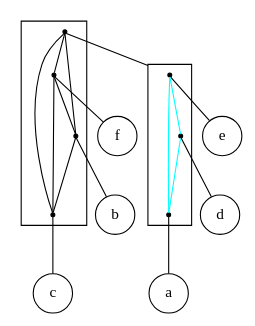
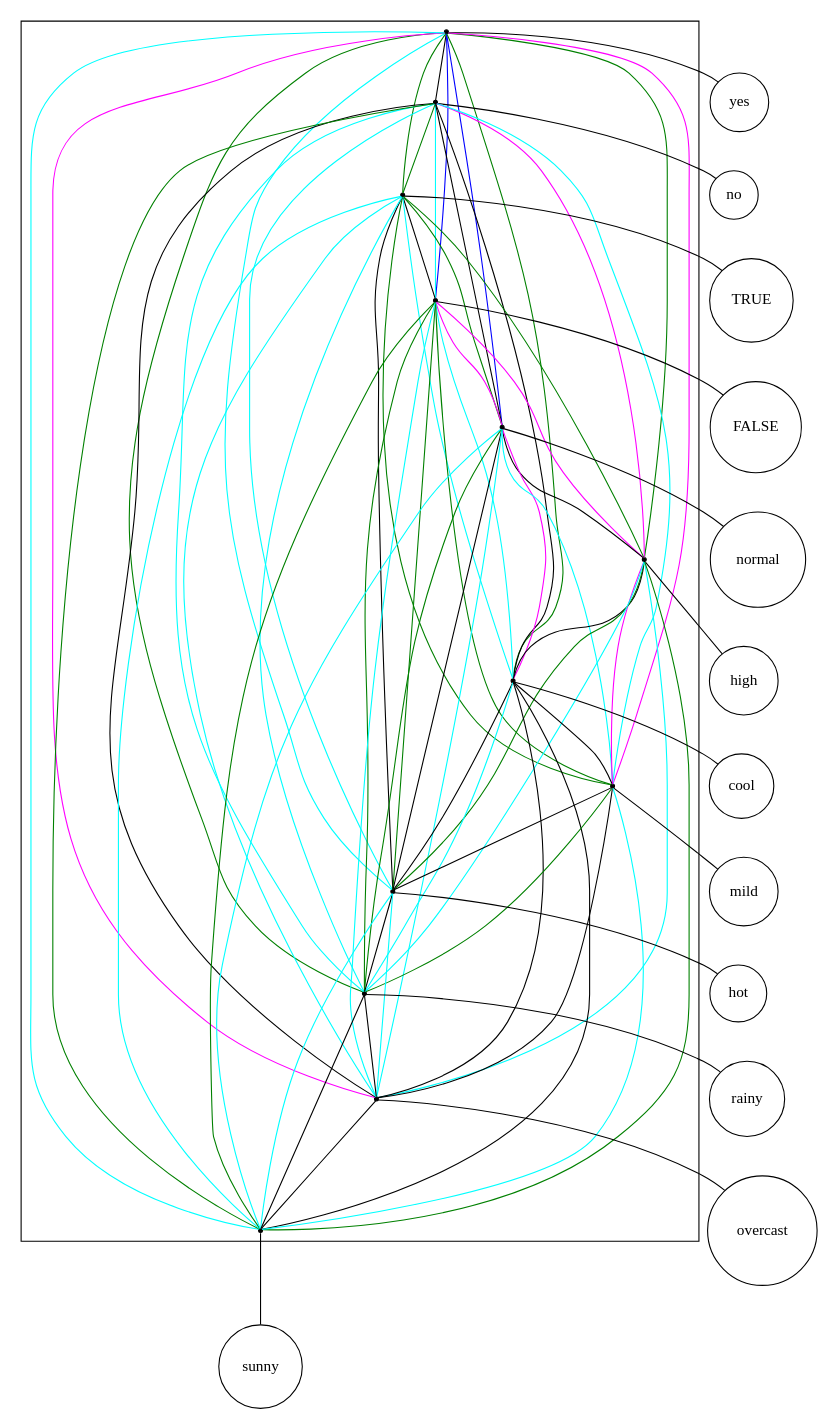
One commit to lrodrin/TFG changed the diagram in src/final/linear_2-structure.dot. Above: the diagram before and after it, drawn with Graphviz. The commit also changed 7 other files, not shown here.

Commit message:
refactor Graph

```diff
--- a/src/final/linear_2-structure.dot
+++ b/src/final/linear_2-structure.dot
@@ -1,37 +1,101 @@
 strict digraph "linear_2-structure" {
 compound=true;
 fontname=Verdana;
 fontsize=12;
 newrank=true;
 node [shape=circle];
-f;
-b;
-c;
-e;
-d;
-a;
-subgraph cluster_cbadfe {
+yes;
+no;
+TRUE;
+FALSE;
+normal;
+high;
+cool;
+mild;
+hot;
+rainy;
+overcast;
+sunny;
+subgraph cluster_coolyesrainyhotFALSEovercastTRUEhighsunnymildnonormal {
 node [shape=point];
-s_ade -> s_f  [color=black, arrowhead=none];
-s_ade -> s_b  [color=black, arrowhead=none];
-s_ade -> s_c  [color=black, arrowhead=none];
-s_f -> s_b  [color=black, arrowhead=none];
-s_f -> s_c  [color=black, arrowhead=none];
-s_b -> s_c  [color=black, arrowhead=none];
+s_yes -> s_no  [color=black, arrowhead=none];
+s_yes -> s_TRUE  [color=green, arrowhead=none];
+s_yes -> s_FALSE  [color=blue, arrowhead=none];
+s_yes -> s_normal  [color=blue, arrowhead=none];
+s_yes -> s_high  [color=green, arrowhead=none];
+s_yes -> s_cool  [color=green, arrowhead=none];
+s_yes -> s_mild  [color=magenta, arrowhead=none];
+s_yes -> s_hot  [color=cyan, arrowhead=none];
+s_yes -> s_rainy  [color=green, arrowhead=none];
+s_yes -> s_overcast  [color=magenta, arrowhead=none];
+s_yes -> s_sunny  [color=cyan, arrowhead=none];
+s_no -> s_TRUE  [color=green, arrowhead=none];
+s_no -> s_FALSE  [color=cyan, arrowhead=none];
+s_no -> s_normal  [color=black, arrowhead=none];
+s_no -> s_high  [color=magenta, arrowhead=none];
+s_no -> s_cool  [color=black, arrowhead=none];
+s_no -> s_mild  [color=cyan, arrowhead=none];
+s_no -> s_hot  [color=cyan, arrowhead=none];
+s_no -> s_rainy  [color=cyan, arrowhead=none];
+s_no -> s_overcast  [color=black, arrowhead=none];
+s_no -> s_sunny  [color=green, arrowhead=none];
+s_TRUE -> s_FALSE  [color=black, arrowhead=none];
+s_TRUE -> s_normal  [color=green, arrowhead=none];
+s_TRUE -> s_high  [color=green, arrowhead=none];
+s_TRUE -> s_cool  [color=cyan, arrowhead=none];
+s_TRUE -> s_mild  [color=green, arrowhead=none];
+s_TRUE -> s_hot  [color=black, arrowhead=none];
+s_TRUE -> s_rainy  [color=cyan, arrowhead=none];
+s_TRUE -> s_overcast  [color=cyan, arrowhead=none];
+s_TRUE -> s_sunny  [color=cyan, arrowhead=none];
+s_FALSE -> s_normal  [color=magenta, arrowhead=none];
+s_FALSE -> s_high  [color=magenta, arrowhead=none];
+s_FALSE -> s_cool  [color=cyan, arrowhead=none];
+s_FALSE -> s_mild  [color=green, arrowhead=none];
+s_FALSE -> s_hot  [color=green, arrowhead=none];
+s_FALSE -> s_rainy  [color=green, arrowhead=none];
+s_FALSE -> s_overcast  [color=cyan, arrowhead=none];
+s_FALSE -> s_sunny  [color=green, arrowhead=none];
+s_normal -> s_high  [color=black, arrowhead=none];
+s_normal -> s_cool  [color=magenta, arrowhead=none];
+s_normal -> s_mild  [color=cyan, arrowhead=none];
+s_normal -> s_hot  [color=black, arrowhead=none];
+s_normal -> s_rainy  [color=green, arrowhead=none];
+s_normal -> s_overcast  [color=cyan, arrowhead=none];
+s_normal -> s_sunny  [color=cyan, arrowhead=none];
+s_high -> s_cool  [color=black, arrowhead=none];
+s_high -> s_mild  [color=magenta, arrowhead=none];
+s_high -> s_hot  [color=green, arrowhead=none];
+s_high -> s_rainy  [color=cyan, arrowhead=none];
+s_high -> s_overcast  [color=cyan, arrowhead=none];
+s_high -> s_sunny  [color=green, arrowhead=none];
+s_cool -> s_mild  [color=black, arrowhead=none];
+s_cool -> s_hot  [color=black, arrowhead=none];
+s_cool -> s_rainy  [color=cyan, arrowhead=none];
+s_cool -> s_overcast  [color=black, arrowhead=none];
+s_cool -> s_sunny  [color=black, arrowhead=none];
+s_mild -> s_hot  [color=black, arrowhead=none];
+s_mild -> s_rainy  [color=green, arrowhead=none];
+s_mild -> s_overcast  [color=black, arrowhead=none];
+s_mild -> s_sunny  [color=cyan, arrowhead=none];
+s_hot -> s_rainy  [color=black, arrowhead=none];
+s_hot -> s_overcast  [color=cyan, arrowhead=none];
+s_hot -> s_sunny  [color=cyan, arrowhead=none];
+s_rainy -> s_overcast  [color=black, arrowhead=none];
+s_rainy -> s_sunny  [color=black, arrowhead=none];
+s_overcast -> s_sunny  [color=black, arrowhead=none];
 }
 
-subgraph cluster_ade {
-node [shape=point];
-s_e -> s_d  [color=cyan, arrowhead=none];
-s_e -> s_a  [color=cyan, arrowhead=none];
-s_d -> s_a  [color=cyan, arrowhead=none];
+s_yes -> yes  [arrowhead=none];
+s_no -> no  [arrowhead=none];
+s_TRUE -> TRUE  [arrowhead=none];
+s_FALSE -> FALSE  [arrowhead=none];
+s_normal -> normal  [arrowhead=none];
+s_high -> high  [arrowhead=none];
+s_cool -> cool  [arrowhead=none];
+s_mild -> mild  [arrowhead=none];
+s_hot -> hot  [arrowhead=none];
+s_rainy -> rainy  [arrowhead=none];
+s_overcast -> overcast  [arrowhead=none];
+s_sunny -> sunny  [arrowhead=none];
 }
-
-s_ade -> s_e  [lhead=cluster_ade, arrowhead=none];
-s_f -> f  [arrowhead=none];
-s_b -> b  [arrowhead=none];
-s_c -> c  [arrowhead=none];
-s_e -> e  [arrowhead=none];
-s_d -> d  [arrowhead=none];
-s_a -> a  [arrowhead=none];
-}
```
